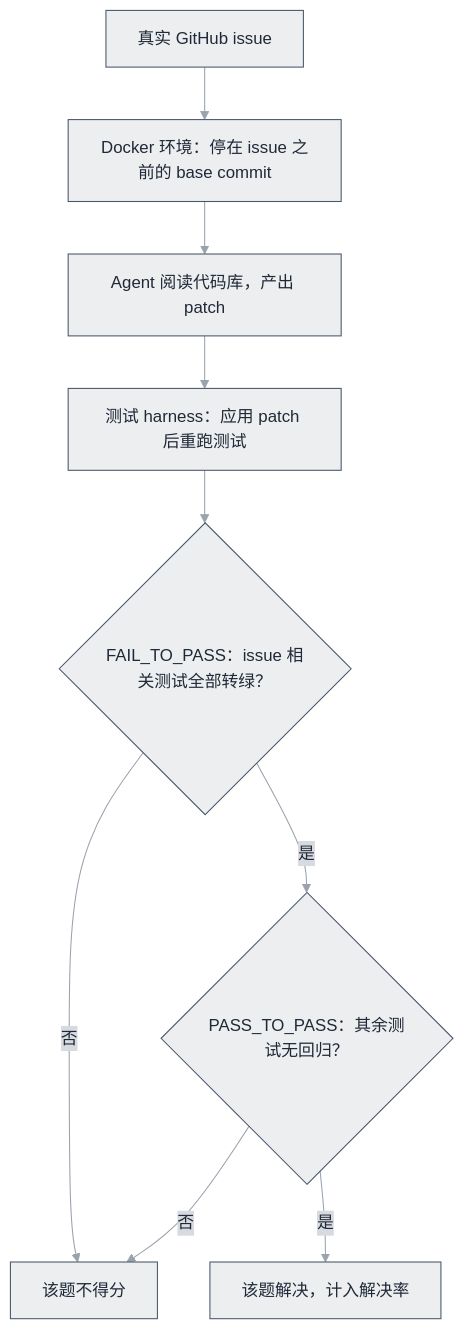
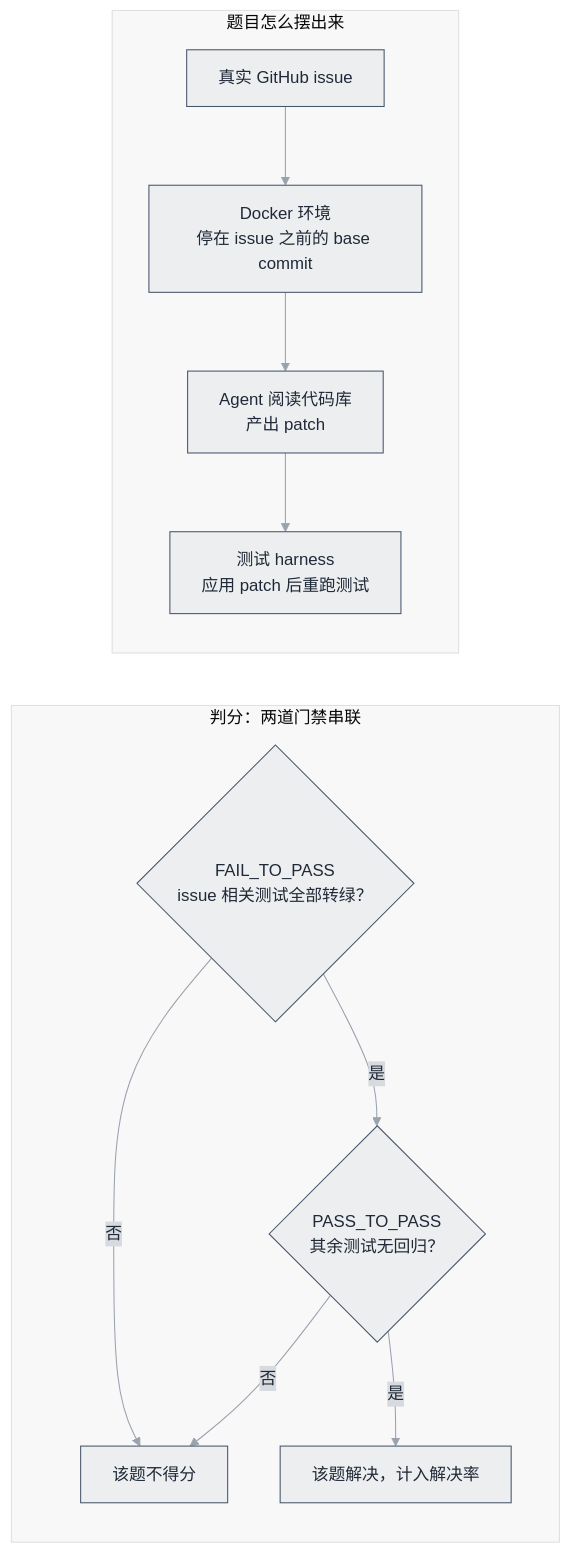
One commit to funny8kids/ai-agent-handbook changed the diagram in docs/13-resources/benchmarks/swe-bench.md. Above: the diagram before and after it, drawn with Mermaid. The commit also changed other lines of this file and 45 other files, not shown here.

First line of the commit message:
Thicken 12 thin pages, clear 25 over-width diagrams, re-proportion 10 thin-ribbon diagrams

````diff
--- a/docs/13-resources/benchmarks/swe-bench.md
+++ b/docs/13-resources/benchmarks/swe-bench.md
@@ -33,12 +33,15 @@
 ```mermaid
 %%{init: {"theme":"base","themeVariables":{"primaryColor":"#EDEEF0","primaryBorderColor":"#475569","primaryTextColor":"#1F2937","secondaryColor":"#D7DADE","tertiaryColor":"#F8F8F9","lineColor":"#9AA2AD","actorBkg":"#F0F1F3","actorBorder":"#475569","actorTextColor":"#1F2937","signalColor":"#7E8896","noteBkgColor":"#DEE0E4","noteBorderColor":"#475569","noteTextColor":"#1F2937","labelBoxBkgColor":"#EDEEF0","labelBoxBorderColor":"#475569"}}}%%
-flowchart TD
-    I["真实 GitHub issue"] --> B["Docker 环境：停在 issue 之前的 base commit"]
-    B --> A["Agent 阅读代码库，产出 patch"]
-    A --> H["测试 harness：应用 patch 后重跑测试"]
-    H --> F{"FAIL_TO_PASS：issue 相关测试全部转绿？"}
+flowchart LR
+  subgraph JUDGE["判分：两道门禁串联"]
+    F{"FAIL_TO_PASS<br/>issue 相关测试全部转绿？"} -->|"是"| P{"PASS_TO_PASS<br/>其余测试无回归？"}
     F -->|"否"| Z["该题不得分"]
-    F -->|"是"| P{"PASS_TO_PASS：其余测试无回归？"}
     P -->|"否"| Z
     P -->|"是"| W["该题解决，计入解决率"]
+  end
+  subgraph SETUP["题目怎么摆出来"]
+    I["真实 GitHub issue"] --> B["Docker 环境<br/>停在 issue 之前的 base commit"]
+    B --> A["Agent 阅读代码库<br/>产出 patch"]
+    A --> H["测试 harness<br/>应用 patch 后重跑测试"]
+  end
 ```
````
